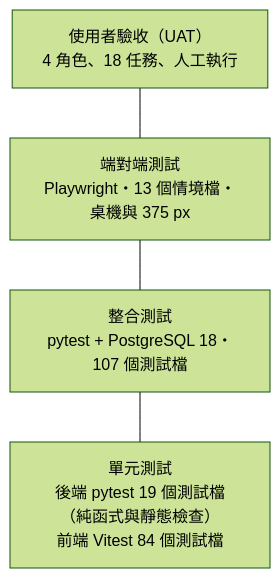
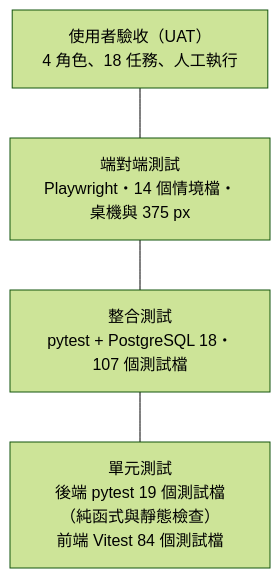
Before and after one commit to Team14good/esport-platform: the first of 2 diagrams in docs/final/E-測試計畫.md, drawn with Mermaid (forest theme). The commit also changed other lines of this file and 3 other files, not shown here.

````diff
--- a/docs/final/E-測試計畫.md
+++ b/docs/final/E-測試計畫.md
@@ -67,8 +68,8 @@
 ```mermaid
 flowchart TB
   uat["使用者驗收（UAT）<br/>4 角色、18 任務、人工執行"]
-  e2e["端對端測試<br/>Playwright・13 個情境檔・桌機與 375 px"]
+  e2e["端對端測試<br/>Playwright・14 個情境檔・桌機與 375 px"]
   integ["整合測試<br/>pytest + PostgreSQL 18・107 個測試檔"]
   unit["單元測試<br/>後端 pytest 19 個測試檔（純函式與靜態檢查）<br/>前端 Vitest 84 個測試檔"]
   uat --- e2e --- integ --- unit
 ```
````
